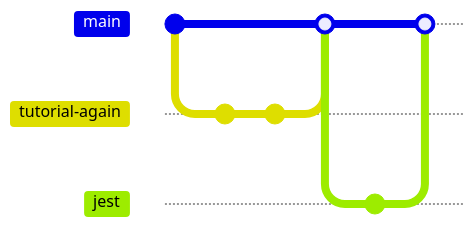
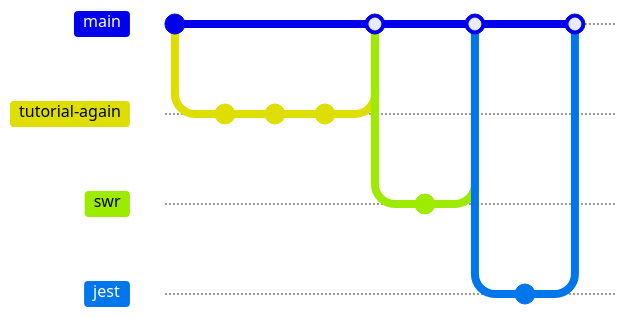
Before and after one commit to takesoo/obsidian: the diagram in Next.js再入門.md, drawn with Mermaid. The commit also changed other lines of this file and 7 other files, not shown here. Commit ids are hidden.

````diff
--- a/Next.js再入門.md
+++ b/Next.js再入門.md
@@ -99,14 +48,21 @@
 ```mermaid
 gitGraph
 
 commit
 branch tutorial-again
 commit id: "create-next-app"
-commit id: "swr"
+commit id: "biome"
+commit id: "create todo app"
 checkout main
 merge tutorial-again
+branch swr
+checkout swr
+commit id: "pnpm install swr"
+checkout main
+merge swr
 branch jest
-commit id: "add jest"
+checkout jest
+commit id: "pnpm install jest"
 checkout main
 merge jest
 ```
````
